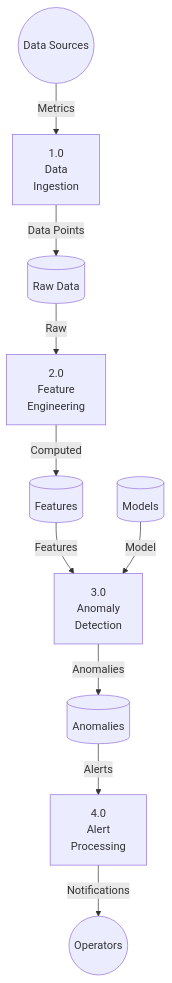
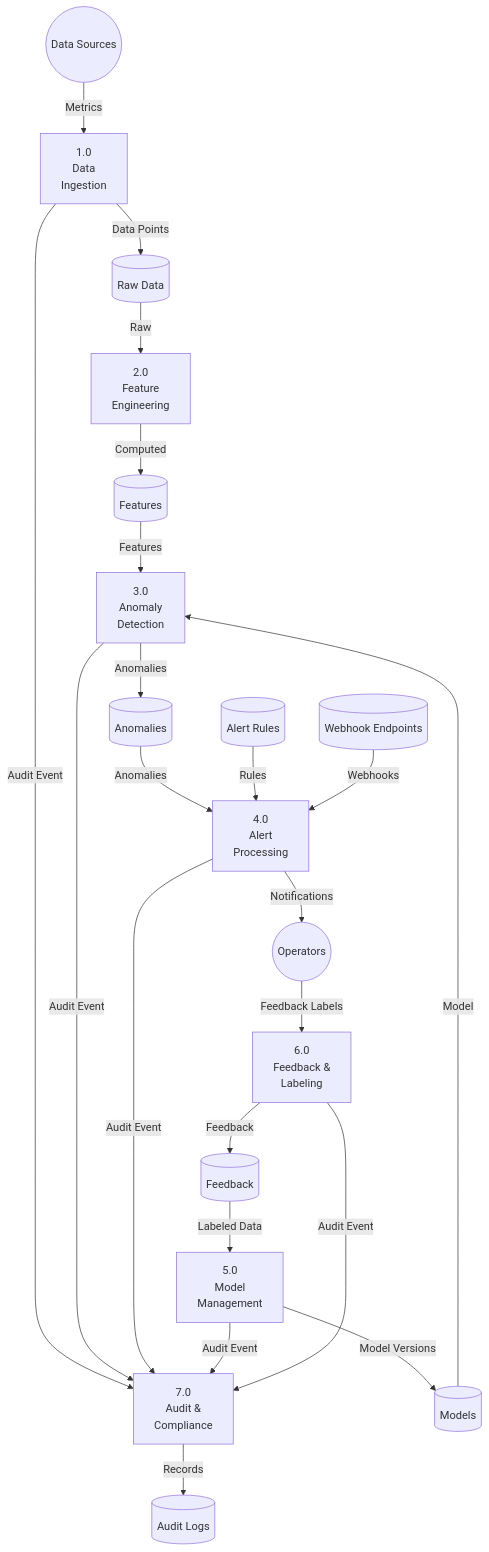
The second of 3 diagrams in Anomaly Detection System/high-level-design/data-flow-diagram.md (0Ankit0/Project-Ideas), drawn with Mermaid before and after one commit. The commit also changed 24 other files, not shown here.

````diff
--- a/Anomaly Detection System/high-level-design/data-flow-diagram.md
+++ b/Anomaly Detection System/high-level-design/data-flow-diagram.md
@@ -13,25 +13,44 @@
 ```mermaid
 flowchart TB
     SOURCE((Data Sources))
     USERS((Operators))
     
     P1[1.0<br/>Data<br/>Ingestion]
     P2[2.0<br/>Feature<br/>Engineering]
     P3[3.0<br/>Anomaly<br/>Detection]
     P4[4.0<br/>Alert<br/>Processing]
+    P5[5.0<br/>Model<br/>Management]
+    P6[6.0<br/>Feedback &<br/>Labeling]
+    P7[7.0<br/>Audit &<br/>Compliance]
     
     D1[(Raw Data)]
     D2[(Features)]
     D3[(Anomalies)]
     D4[(Models)]
+    D5[(Alert Rules)]
+    D6[(Feedback)]
+    D7[(Webhook Endpoints)]
+    D8[(Audit Logs)]
     
     SOURCE -->|Metrics| P1
     P1 -->|Data Points| D1
     D1 -->|Raw| P2
     P2 -->|Computed| D2
     D2 -->|Features| P3
     D4 -->|Model| P3
+    P5 -->|Model Versions| D4
     P3 -->|Anomalies| D3
-    D3 -->|Alerts| P4
+    D3 -->|Anomalies| P4
+    D5 -->|Rules| P4
+    D7 -->|Webhooks| P4
     P4 -->|Notifications| USERS
+    USERS -->|Feedback Labels| P6
+    P6 -->|Feedback| D6
+    D6 -->|Labeled Data| P5
+    P1 -->|Audit Event| P7
+    P3 -->|Audit Event| P7
+    P4 -->|Audit Event| P7
+    P5 -->|Audit Event| P7
+    P6 -->|Audit Event| P7
+    P7 -->|Records| D8
 ```
````
